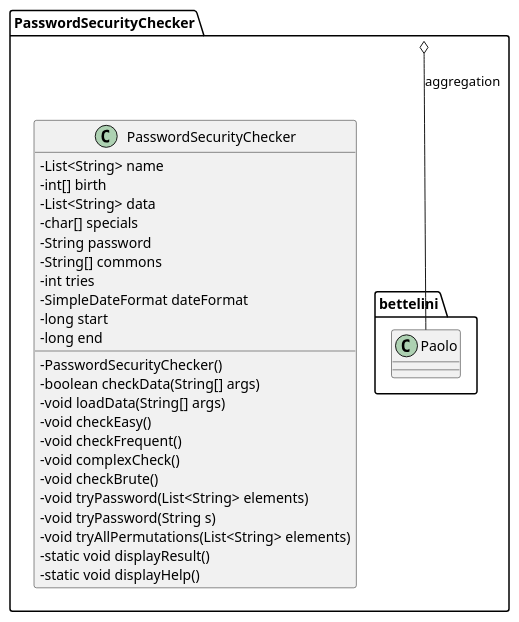
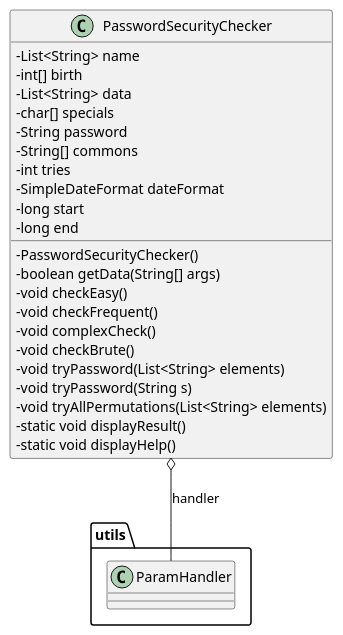
One commit to ErikPelloni/PasswordSecurityChecker changed the diagram in Documenti/PasswordSecurityChecker.puml. Above: the diagram before and after it, drawn with PlantUML.

Commit message:
modificato diagramma delle classi

```diff
--- a/Documenti/PasswordSecurityChecker.puml
+++ b/Documenti/PasswordSecurityChecker.puml
@@ -1,34 +1,30 @@
-@startuml
+@startuml "PasswordSecurityChecker"
 skinparam classAttributeIconSize 0
-package PasswordSecurityChecker{
-    class PasswordSecurityChecker{
+class PasswordSecurityChecker{
     - List<String> name
     - int[] birth
     - List<String> data
     - char[] specials
     - String password
     - String[] commons
     - int tries
     - SimpleDateFormat dateFormat
     - long start
     - long end
     - PasswordSecurityChecker()
-    - boolean checkData(String[] args)
-    - void loadData(String[] args)
+    - boolean getData(String[] args)
     - void checkEasy()
     - void checkFrequent()
     - void complexCheck()
     - void checkBrute()
     - void tryPassword(List<String> elements)
     - void tryPassword(String s)
     - void tryAllPermutations(List<String> elements)
     - static void displayResult()
     - static void displayHelp()
-    }
-    
-    package bettelini{
-        class Paolo
-    }
 }
-PasswordSecurityChecker o-- Paolo : aggregation
+
+class utils.ParamHandler
+
+PasswordSecurityChecker o-- utils.ParamHandler : handler
 @enduml
```
